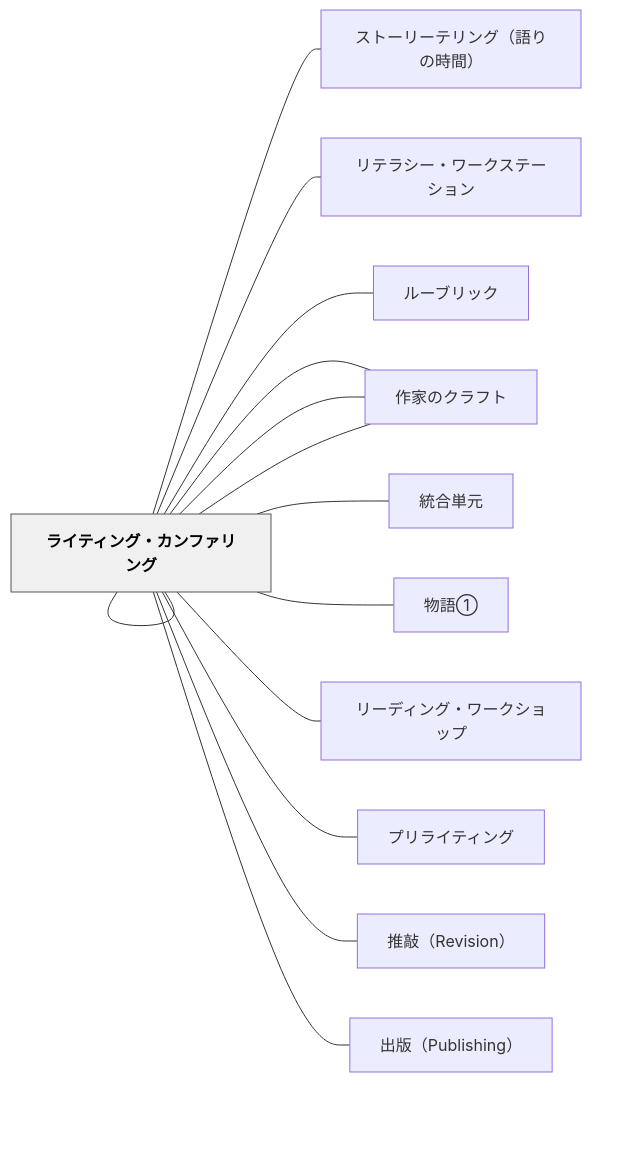
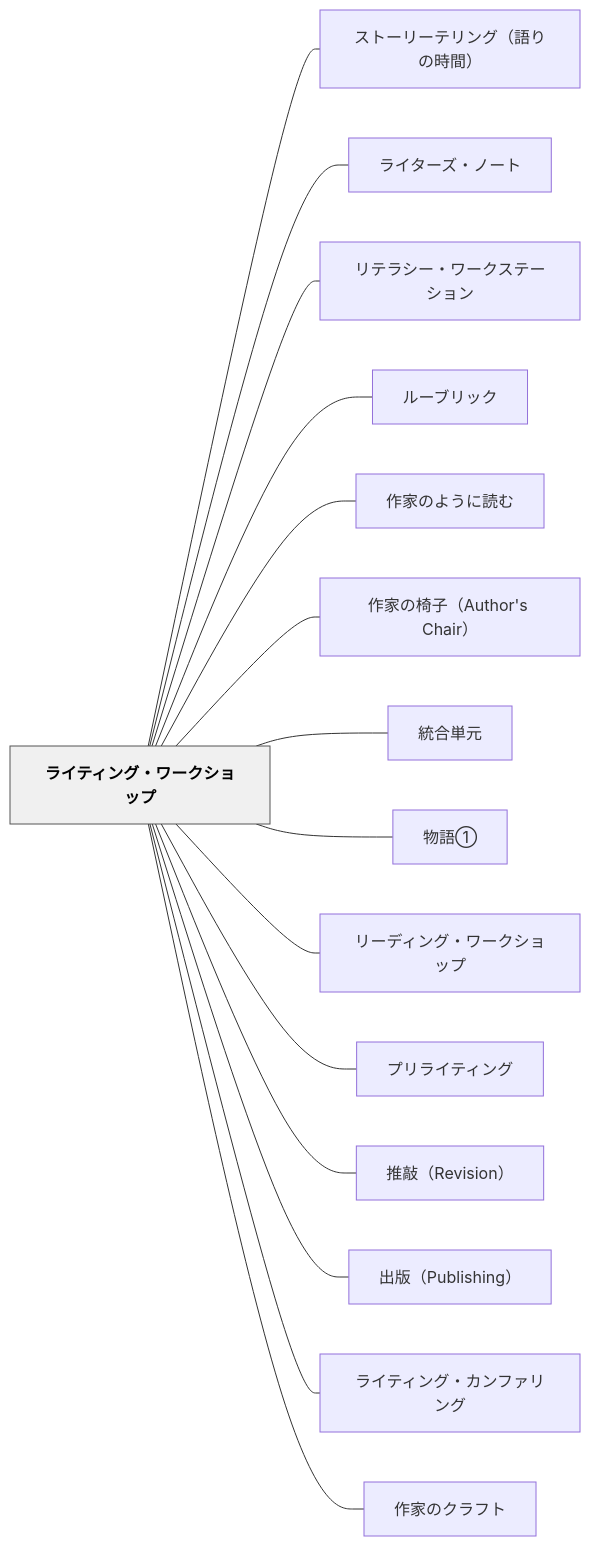
Before and after one commit to unknownthings-ed-patterns/unknownthings-ed-patterns: the diagram in content/パタン/ライティング・ワークショップ.md, drawn with Mermaid. The commit also changed 527 other files, not shown here.

````diff
--- a/content/パタン/ライティング・ワークショップ.md
+++ b/content/パタン/ライティング・ワークショップ.md
@@ -235,36 +235,36 @@
 ```mermaid
 flowchart LR
-    ne383a9e382a4["ライティング・ワークショップ"]
-    ne382b9e38388["ストーリーテリング（語りの時間）"]
-    ne383a9e382a4["ライターズ・ノート"]
-    ne383aae38386["リテラシー・ワークステーション"]
-    ne383abe383bc["ルーブリック"]
-    ne4bd9ce5aeb6["作家のように読む"]
-    ne4bd9ce5aeb6["作家の椅子（Author's Chair）"]
-    ne7b5b1e59088["統合単元"]
-    ne789a9e8aa9e["物語①"]
-    ne383aae383bc["リーディング・ワークショップ"]
-    ne38397e383aa["プリライティング"]
-    ne68ea8e695b2["推敲（Revision）"]
-    ne587bae78988["出版（Publishing）"]
-    ne383a9e382a4["ライティング・カンファリング"]
-    ne4bd9ce5aeb6["作家のクラフト"]
+    ne383a9e382a4e38386e382a3e383b3e382b0e383bbe383afe383bce382afe382b7e383a7e38383e38397["ライティング・ワークショップ"]
+    ne382b9e38388e383bce383aae383bce38386e383aae383b3e382b0efbc88e8aa9ee3828ae381aee69982e99693efbc89["ストーリーテリング（語りの時間）"]
+    ne383a9e382a4e382bfe383bce382bae383bbe3838ee383bce38388["ライターズ・ノート"]
+    ne383aae38386e383a9e382b7e383bce383bbe383afe383bce382afe382b9e38386e383bce382b7e383a7e383b3["リテラシー・ワークステーション"]
+    ne383abe383bce38396e383aae38383e382af["ルーブリック"]
+    ne4bd9ce5aeb6e381aee38288e38186e381abe8aaade38280["作家のように読む"]
+    ne4bd9ce5aeb6e381aee6a485e5ad90efbc88417574686f722773204368616972efbc89["作家の椅子（Author's Chair）"]
+    ne7b5b1e59088e58d98e58583["統合単元"]
+    ne789a9e8aa9ee291a0["物語①"]
+    ne383aae383bce38387e382a3e383b3e382b0e383bbe383afe383bce382afe382b7e383a7e38383e38397["リーディング・ワークショップ"]
+    ne38397e383aae383a9e382a4e38386e382a3e383b3e382b0["プリライティング"]
+    ne68ea8e695b2efbc885265766973696f6eefbc89["推敲（Revision）"]
+    ne587bae78988efbc885075626c697368696e67efbc89["出版（Publishing）"]
+    ne383a9e382a4e38386e382a3e383b3e382b0e383bbe382abe383b3e38395e382a1e383aae383b3e382b0["ライティング・カンファリング"]
+    ne4bd9ce5aeb6e381aee382afe383a9e38395e38388["作家のクラフト"]
 
-    ne383a9e382a4 --- ne382b9e38388
-    ne383a9e382a4 --- ne383a9e382a4
-    ne383a9e382a4 --- ne383aae38386
-    ne383a9e382a4 --- ne383abe383bc
-    ne383a9e382a4 --- ne4bd9ce5aeb6
-    ne383a9e382a4 --- ne4bd9ce5aeb6
-    ne383a9e382a4 --- ne7b5b1e59088
-    ne383a9e382a4 --- ne789a9e8aa9e
-    ne383a9e382a4 --- ne383aae383bc
-    ne383a9e382a4 --- ne38397e383aa
-    ne383a9e382a4 --- ne68ea8e695b2
-    ne383a9e382a4 --- ne587bae78988
-    ne383a9e382a4 --- ne383a9e382a4
-    ne383a9e382a4 --- ne4bd9ce5aeb6
+    ne383a9e382a4e38386e382a3e383b3e382b0e383bbe383afe383bce382afe382b7e383a7e38383e38397 --- ne382b9e38388e383bce383aae383bce38386e383aae383b3e382b0efbc88e8aa9ee3828ae381aee69982e99693efbc89
+    ne383a9e382a4e38386e382a3e383b3e382b0e383bbe383afe383bce382afe382b7e383a7e38383e38397 --- ne383a9e382a4e382bfe383bce382bae383bbe3838ee383bce38388
+    ne383a9e382a4e38386e382a3e383b3e382b0e383bbe383afe383bce382afe382b7e383a7e38383e38397 --- ne383aae38386e383a9e382b7e383bce383bbe383afe383bce382afe382b9e38386e383bce382b7e383a7e383b3
+    ne383a9e382a4e38386e382a3e383b3e382b0e383bbe383afe383bce382afe382b7e383a7e38383e38397 --- ne383abe383bce38396e383aae38383e382af
+    ne383a9e382a4e38386e382a3e383b3e382b0e383bbe383afe383bce382afe382b7e383a7e38383e38397 --- ne4bd9ce5aeb6e381aee38288e38186e381abe8aaade38280
+    ne383a9e382a4e38386e382a3e383b3e382b0e383bbe383afe383bce382afe382b7e383a7e38383e38397 --- ne4bd9ce5aeb6e381aee6a485e5ad90efbc88417574686f722773204368616972efbc89
+    ne383a9e382a4e38386e382a3e383b3e382b0e383bbe383afe383bce382afe382b7e383a7e38383e38397 --- ne7b5b1e59088e58d98e58583
+    ne383a9e382a4e38386e382a3e383b3e382b0e383bbe383afe383bce382afe382b7e383a7e38383e38397 --- ne789a9e8aa9ee291a0
+    ne383a9e382a4e38386e382a3e383b3e382b0e383bbe383afe383bce382afe382b7e383a7e38383e38397 --- ne383aae383bce38387e382a3e383b3e382b0e383bbe383afe383bce382afe382b7e383a7e38383e38397
+    ne383a9e382a4e38386e382a3e383b3e382b0e383bbe383afe383bce382afe382b7e383a7e38383e38397 --- ne38397e383aae383a9e382a4e38386e382a3e383b3e382b0
+    ne383a9e382a4e38386e382a3e383b3e382b0e383bbe383afe383bce382afe382b7e383a7e38383e38397 --- ne68ea8e695b2efbc885265766973696f6eefbc89
+    ne383a9e382a4e38386e382a3e383b3e382b0e383bbe383afe383bce382afe382b7e383a7e38383e38397 --- ne587bae78988efbc885075626c697368696e67efbc89
+    ne383a9e382a4e38386e382a3e383b3e382b0e383bbe383afe383bce382afe382b7e383a7e38383e38397 --- ne383a9e382a4e38386e382a3e383b3e382b0e383bbe382abe383b3e38395e382a1e383aae383b3e382b0
+    ne383a9e382a4e38386e382a3e383b3e382b0e383bbe383afe383bce382afe382b7e383a7e38383e38397 --- ne4bd9ce5aeb6e381aee382afe383a9e38395e38388
 
     classDef hub fill:#f0f0f0,stroke:#555,color:#000,font-weight:bold
-    class ne383a9e382a4 hub
+    class ne383a9e382a4e38386e382a3e383b3e382b0e383bbe383afe383bce382afe382b7e383a7e38383e38397 hub
 ```
````
